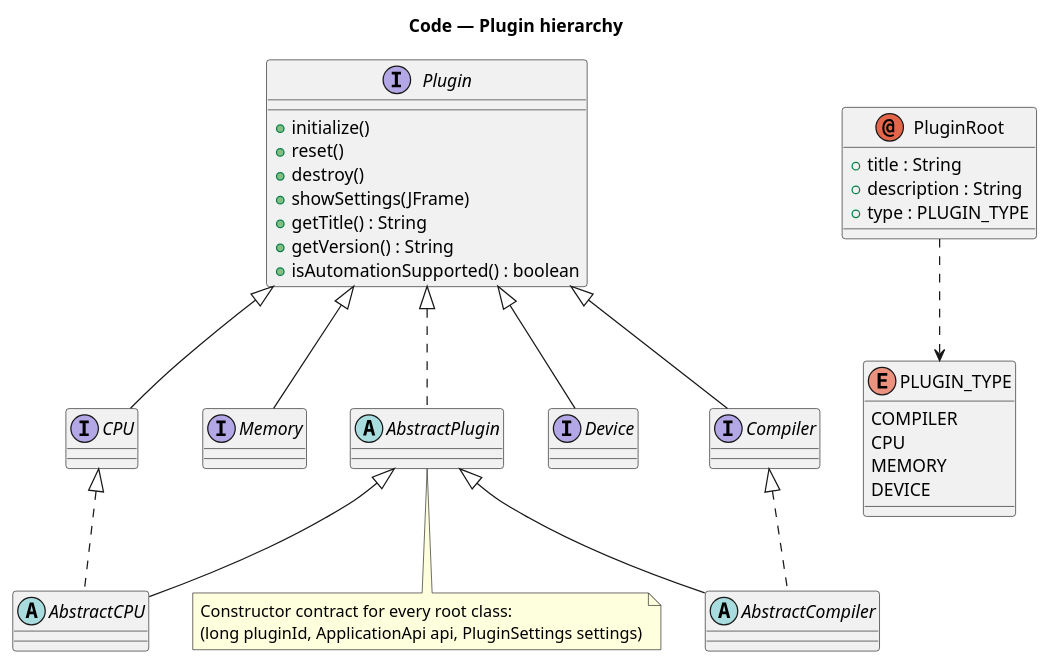
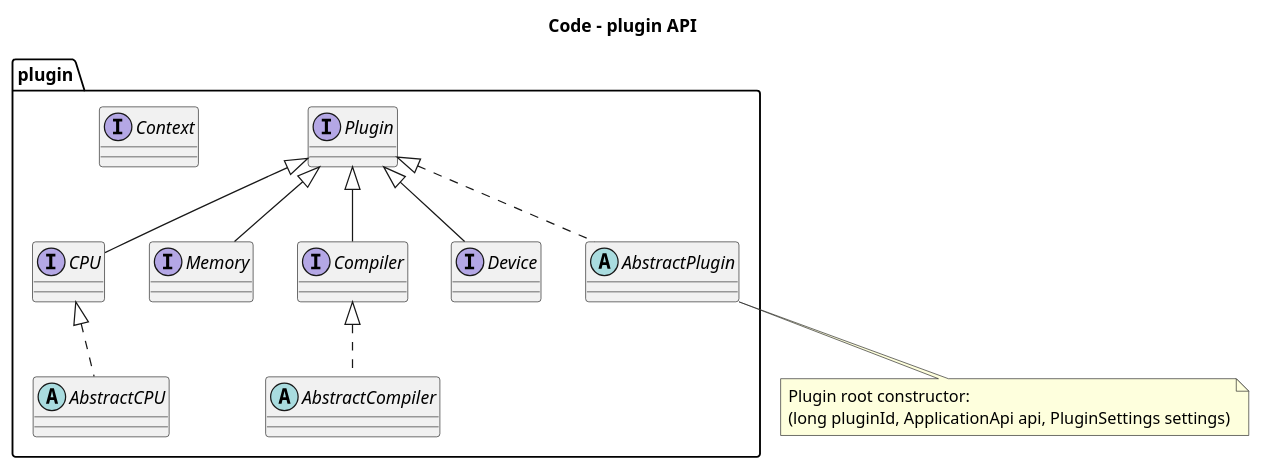
One commit to emustudio/emuLib changed the fifth of 8 diagrams in docs/architecture.adoc. Above: the diagram before and after it, drawn with PlantUML. The commit also changed other lines of this file and 329 other files, not shown here.

```diff
--- a/docs/architecture.adoc
+++ b/docs/architecture.adoc
@@ -292,54 +265,33 @@
 [plantuml,c4-l4-plugin,svg]
 ....
 @startuml
-title Code — Plugin hierarchy
+title Code - plugin API
 
-interface Plugin {
-  +initialize()
-  +reset()
-  +destroy()
-  +showSettings(JFrame)
-  +getTitle() : String
-  +getVersion() : String
-  +isAutomationSupported() : boolean
+package "plugin" {
+  interface Plugin
+  interface CPU
+  interface Memory
+  interface Compiler
+  interface Device
+  interface Context
+
+  Plugin <|-- CPU
+  Plugin <|-- Memory
+  Plugin <|-- Compiler
+  Plugin <|-- Device
+
+  abstract class AbstractCPU
+  abstract class AbstractCompiler
+  abstract class AbstractPlugin
+
+  CPU <|.. AbstractCPU
+  Compiler <|.. AbstractCompiler
+  Plugin <|.. AbstractPlugin
 }
 
-interface CPU
-interface Memory
-interface Compiler
-interface Device
-
-Plugin <|-- CPU
-Plugin <|-- Memory
-Plugin <|-- Compiler
-Plugin <|-- Device
-
-abstract class AbstractPlugin
-abstract class AbstractCPU
-abstract class AbstractCompiler
-
-Plugin <|.. AbstractPlugin
-AbstractPlugin <|-- AbstractCPU
-AbstractPlugin <|-- AbstractCompiler
-CPU <|.. AbstractCPU
-Compiler <|.. AbstractCompiler
-
-annotation PluginRoot {
-  +title : String
-  +description : String
-  +type : PLUGIN_TYPE
-}
-enum PLUGIN_TYPE {
-  COMPILER
-  CPU
-  MEMORY
-  DEVICE
-}
-PluginRoot ..> PLUGIN_TYPE
-
-note bottom of AbstractPlugin
-  Constructor contract for every root class:
+note bottom
+  Plugin root constructor:
   (long pluginId, ApplicationApi api, PluginSettings settings)
 end note
 @enduml
 ....
```
